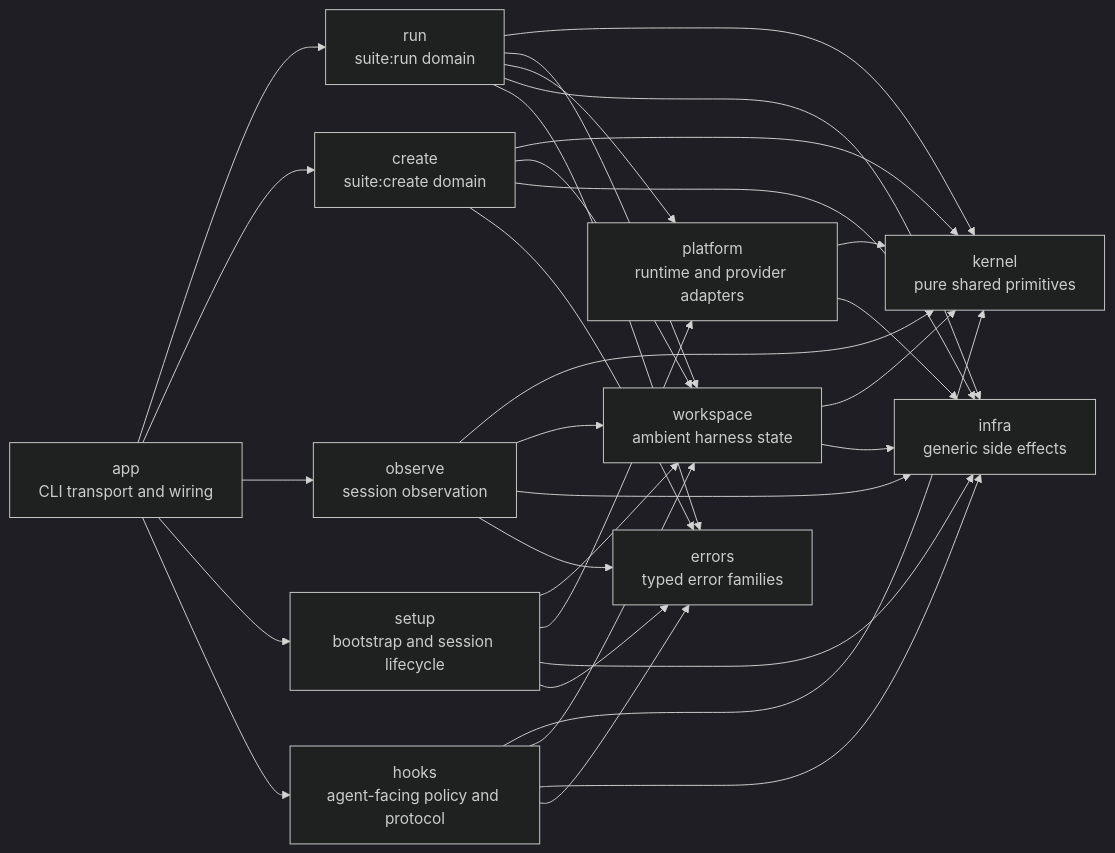
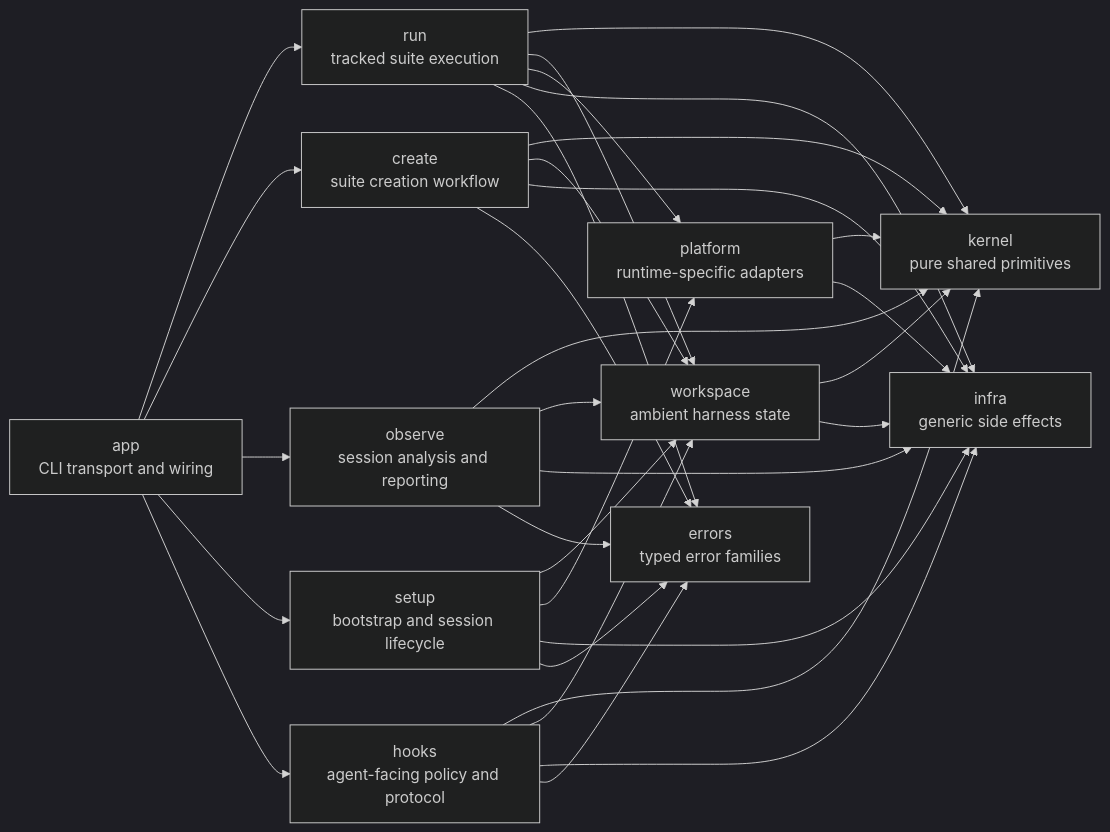
The first of 3 diagrams in ARCHITECTURE.md (smykla-skalski/harness), drawn with Mermaid (dark theme) before and after one commit. The commit also changed other lines of this file and 1 other file, not shown here.

Commit message:
docs(meta): humanize README and ARCHITECTURE

````diff
--- a/ARCHITECTURE.md
+++ b/ARCHITECTURE.md
@@ -7,53 +9,53 @@
 ```mermaid
 flowchart LR
     App["app\nCLI transport and wiring"]
 
-    Run["run\nsuite:run domain"]
-    Create["create\nsuite:create domain"]
-    Observe["observe\nsession observation"]
+    Run["run\ntracked suite execution"]
+    Create["create\nsuite creation workflow"]
+    Observe["observe\nsession analysis and reporting"]
     Setup["setup\nbootstrap and session lifecycle"]
     Hooks["hooks\nagent-facing policy and protocol"]
 
     Kernel["kernel\npure shared primitives"]
     Workspace["workspace\nambient harness state"]
-    Platform["platform\nruntime and provider adapters"]
+    Platform["platform\nruntime-specific adapters"]
     Infra["infra\ngeneric side effects"]
     Errors["errors\ntyped error families"]
 
     App --> Run
     App --> Create
     App --> Observe
     App --> Setup
     App --> Hooks
 
     Run --> Kernel
     Run --> Workspace
     Run --> Platform
     Run --> Infra
     Run --> Errors
 
     Create --> Kernel
     Create --> Workspace
     Create --> Infra
     Create --> Errors
 
     Observe --> Kernel
     Observe --> Workspace
     Observe --> Infra
     Observe --> Errors
 
     Setup --> Workspace
     Setup --> Platform
     Setup --> Infra
     Setup --> Errors
 
     Hooks --> Kernel
     Hooks --> Workspace
     Hooks --> Infra
     Hooks --> Errors
 
+    Workspace --> Kernel
+    Workspace --> Infra
     Platform --> Kernel
     Platform --> Infra
-    Workspace --> Kernel
-    Workspace --> Infra
 ```
````
